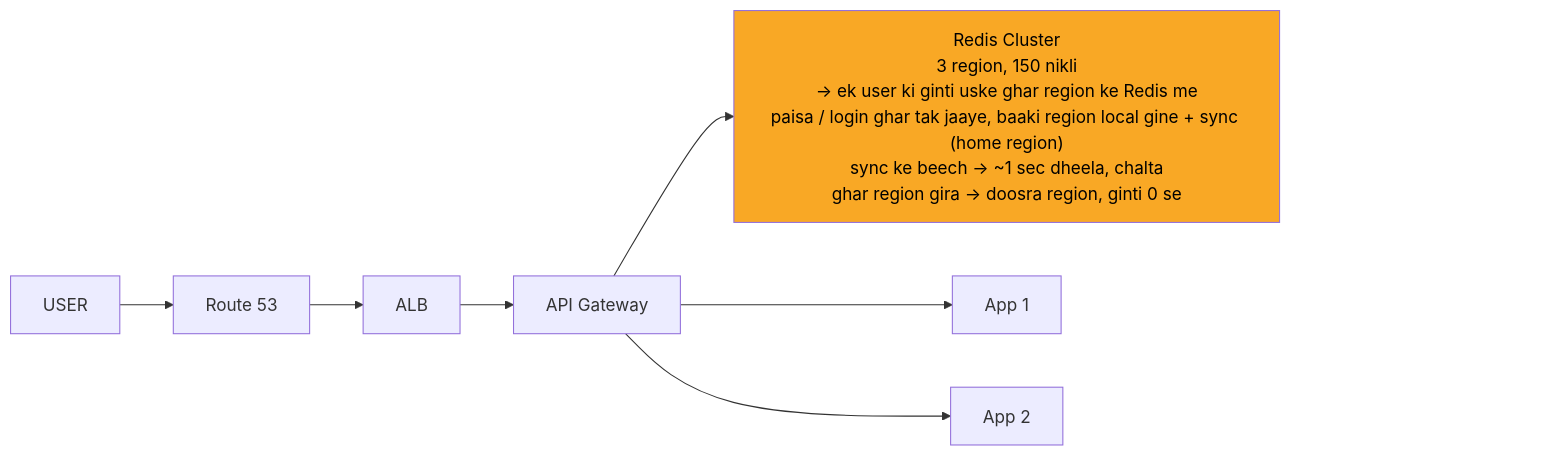
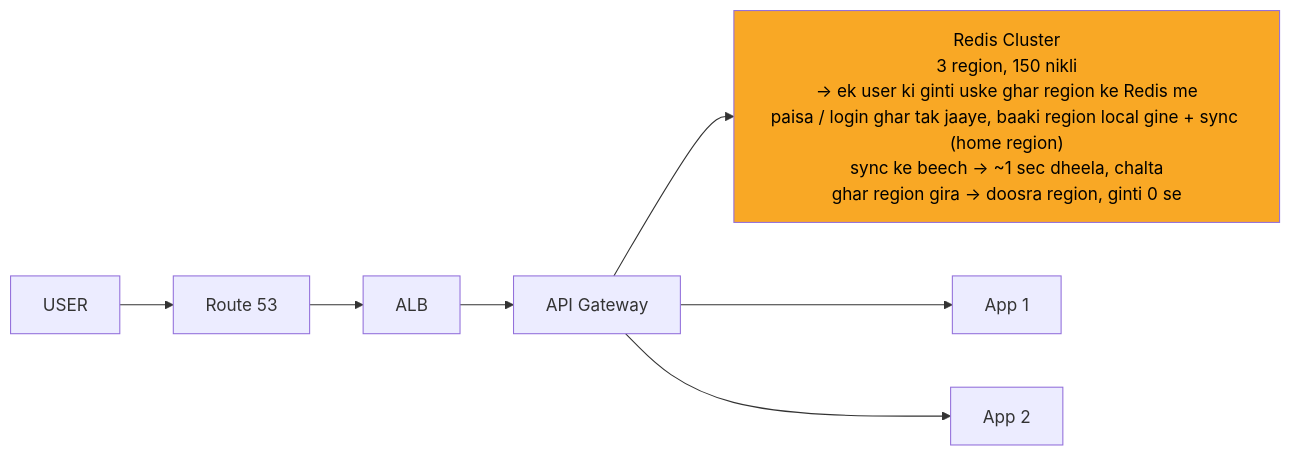
Before and after one commit to ArpanMaheshwari144/Prep: the sixth of 11 diagrams in 04_HLD/SYSTEM_DESIGNS/02_rate_limiter/02_rate_limiter.md, drawn with Mermaid. The commit also changed other lines of this file and 182 other files, not shown here.

Commit message:
hld 14 file: har diagram mermaid-cli se SVG image (source details me), n_pad hataya, render tool 04_HLD/tools

````diff
--- a/04_HLD/SYSTEM_DESIGNS/02_rate_limiter/02_rate_limiter.md
+++ b/04_HLD/SYSTEM_DESIGNS/02_rate_limiter/02_rate_limiter.md
@@ -287,21 +311,18 @@
 ```mermaid
 %%{init: {"flowchart": {"wrappingWidth": 450}}}%%
 flowchart LR
     n_USER["USER"]
     n_Route_53["Route 53"]
     n_ALB["ALB"]
     n_API_Gateway["API Gateway"]
     n_Redis_Cluster["Redis Cluster<br/>3 region, 150 nikli<br/>-> ek user ki ginti uske ghar region ke Redis me<br/>paisa / login ghar tak jaaye, baaki region local gine + sync (home region)<br/>sync ke beech -> ~1 sec dheela, chalta<br/>ghar region gira -> doosra region, ginti 0 se"]
     n_App_x_N_1["App 1"]
     n_App_x_N_2["App 2"]
     n_USER --> n_Route_53
     n_Route_53 --> n_ALB
     n_ALB --> n_API_Gateway
     n_API_Gateway --> n_Redis_Cluster
     n_API_Gateway --> n_App_x_N_1
     n_API_Gateway --> n_App_x_N_2
-    n_pad["xxxxxxxxxxxxxxxx"]
-    n_Redis_Cluster ~~~ n_pad
     style n_Redis_Cluster fill:#f9a825,color:#000
-    style n_pad fill:none,stroke:none,color:#ffffff00
 ```
````
